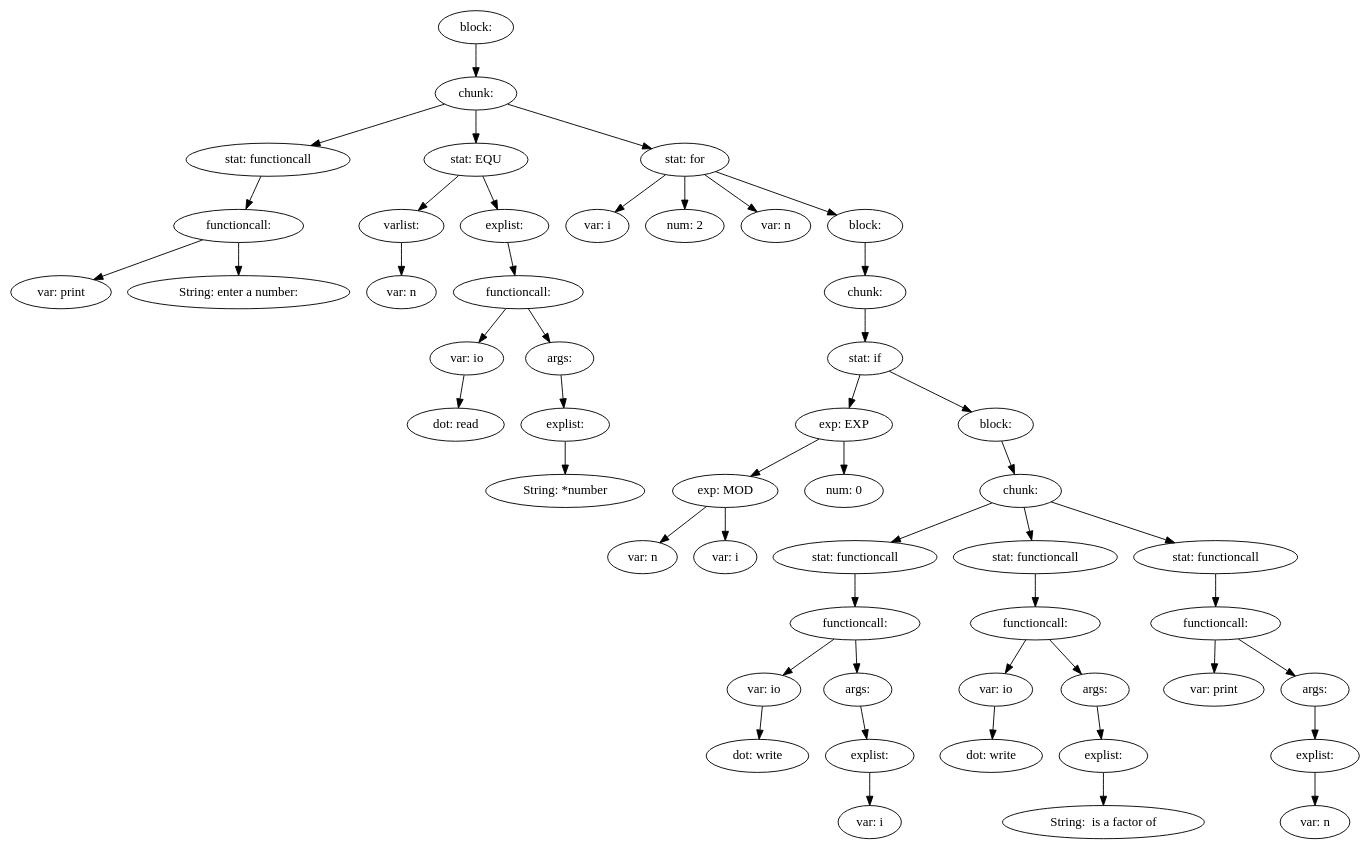
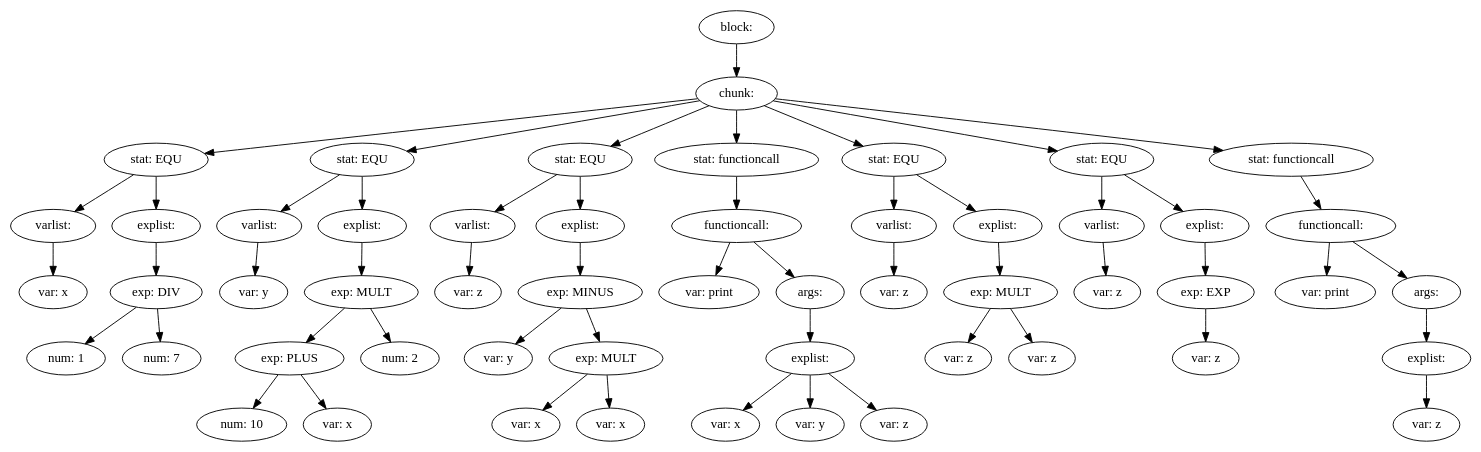
The diagram in ass1-int/source.md (Inkaru/compiler), drawn with Graphviz before and after one commit. The commit also changed 8 other files, not shown here.

````diff
--- a/ass1-int/source.md
+++ b/ass1-int/source.md
@@ -1,103 +1,111 @@
 ```graphviz
 digraph {
-49 [label="block: "];
-49 -> 4
-4 [label="chunk: "];
+53 [label="block: "];
+53 -> 7
+7 [label="chunk: "];
+7 -> 6
+7 -> 16
+7 -> 25
+7 -> 33
+7 -> 40
+7 -> 46
+7 -> 52
+6 [label="stat: EQU"];
+6 -> 1
+6 -> 5
+1 [label="varlist: "];
+1 -> 0
+0 [label="var: x"];
+5 [label="explist: "];
+5 -> 4
+4 [label="exp: DIV"];
+4 -> 2
 4 -> 3
-4 -> 14
-4 -> 47
-3 [label="stat: functioncall"];
-3 -> 2
-2 [label="functioncall: "];
-2 -> 0
-2 -> 1
-0 [label="var: print"];
-1 [label="String: enter a number:"];
-14 [label="stat: EQU"];
-14 -> 6
+2 [label="num: 1"];
+3 [label="num: 7"];
+16 [label="stat: EQU"];
+16 -> 9
+16 -> 15
+9 [label="varlist: "];
+9 -> 8
+8 [label="var: y"];
+15 [label="explist: "];
+15 -> 14
+14 [label="exp: MULT"];
+14 -> 12
 14 -> 13
-6 [label="varlist: "];
-6 -> 5
-5 [label="var: n"];
-13 [label="explist: "];
-13 -> 12
-12 [label="functioncall: "];
-12 -> 7
+12 [label="exp: PLUS"];
+12 -> 10
 12 -> 11
-7 [label="var: io"];
-7 -> 8
-8 [label="dot: read"];
-11 [label="args: "];
-11 -> 10
-10 [label="explist: "];
-10 -> 9
-9 [label="String: *number"];
-47 [label="stat: for"];
-47 -> 48
-47 -> 15
-47 -> 16
-47 -> 46
-48 [label="var: i"];
-15 [label="num: 2"];
-16 [label="var: n"];
-46 [label="block: "];
-46 -> 45
-45 [label="chunk: "];
-45 -> 44
-44 [label="stat: if"];
-44 -> 21
-44 -> 43
-21 [label="exp: EXP"];
-21 -> 19
-21 -> 20
-19 [label="exp: MOD"];
-19 -> 17
-19 -> 18
-17 [label="var: n"];
-18 [label="var: i"];
-20 [label="num: 0"];
-43 [label="block: "];
-43 -> 29
-29 [label="chunk: "];
-29 -> 28
-29 -> 36
-29 -> 42
-28 [label="stat: functioncall"];
+10 [label="num: 10"];
+11 [label="var: x"];
+13 [label="num: 2"];
+25 [label="stat: EQU"];
+25 -> 18
+25 -> 24
+18 [label="varlist: "];
+18 -> 17
+17 [label="var: z"];
+24 [label="explist: "];
+24 -> 23
+23 [label="exp: MINUS"];
+23 -> 19
+23 -> 22
+19 [label="var: y"];
+22 [label="exp: MULT"];
+22 -> 20
+22 -> 21
+20 [label="var: x"];
+21 [label="var: x"];
+33 [label="stat: functioncall"];
+33 -> 32
+32 [label="functioncall: "];
+32 -> 26
+32 -> 31
+26 [label="var: print"];
+31 [label="args: "];
+31 -> 28
+28 [label="explist: "];
 28 -> 27
-27 [label="functioncall: "];
-27 -> 22
-27 -> 26
-22 [label="var: io"];
-22 -> 23
-23 [label="dot: write"];
-26 [label="args: "];
-26 -> 25
-25 [label="explist: "];
-25 -> 24
-24 [label="var: i"];
-36 [label="stat: functioncall"];
-36 -> 35
-35 [label="functioncall: "];
-35 -> 30
+28 -> 29
+28 -> 30
+27 [label="var: x"];
+29 [label="var: y"];
+30 [label="var: z"];
+40 [label="stat: EQU"];
+40 -> 35
+40 -> 39
+35 [label="varlist: "];
 35 -> 34
-30 [label="var: io"];
-30 -> 31
-31 [label="dot: write"];
-34 [label="args: "];
-34 -> 33
-33 [label="explist: "];
-33 -> 32
-32 [label="String:  is a factor of "];
-42 [label="stat: functioncall"];
-42 -> 41
-41 [label="functioncall: "];
-41 -> 37
-41 -> 40
-37 [label="var: print"];
-40 [label="args: "];
-40 -> 39
+34 [label="var: z"];
 39 [label="explist: "];
 39 -> 38
-38 [label="var: n"];
+38 [label="exp: MULT"];
+38 -> 36
+38 -> 37
+36 [label="var: z"];
+37 [label="var: z"];
+46 [label="stat: EQU"];
+46 -> 42
+46 -> 45
+42 [label="varlist: "];
+42 -> 41
+41 [label="var: z"];
+45 [label="explist: "];
+45 -> 44
+44 [label="exp: EXP"];
+44 -> 43
+43 [label="var: z"];
+52 [label="stat: functioncall"];
+52 -> 51
+51 [label="functioncall: "];
+51 -> 47
+51 -> 50
+47 [label="var: print"];
+50 [label="args: "];
+50 -> 49
+49 [label="explist: "];
+49 -> 48
+48 [label="var: z"];
 }
 ```
````
